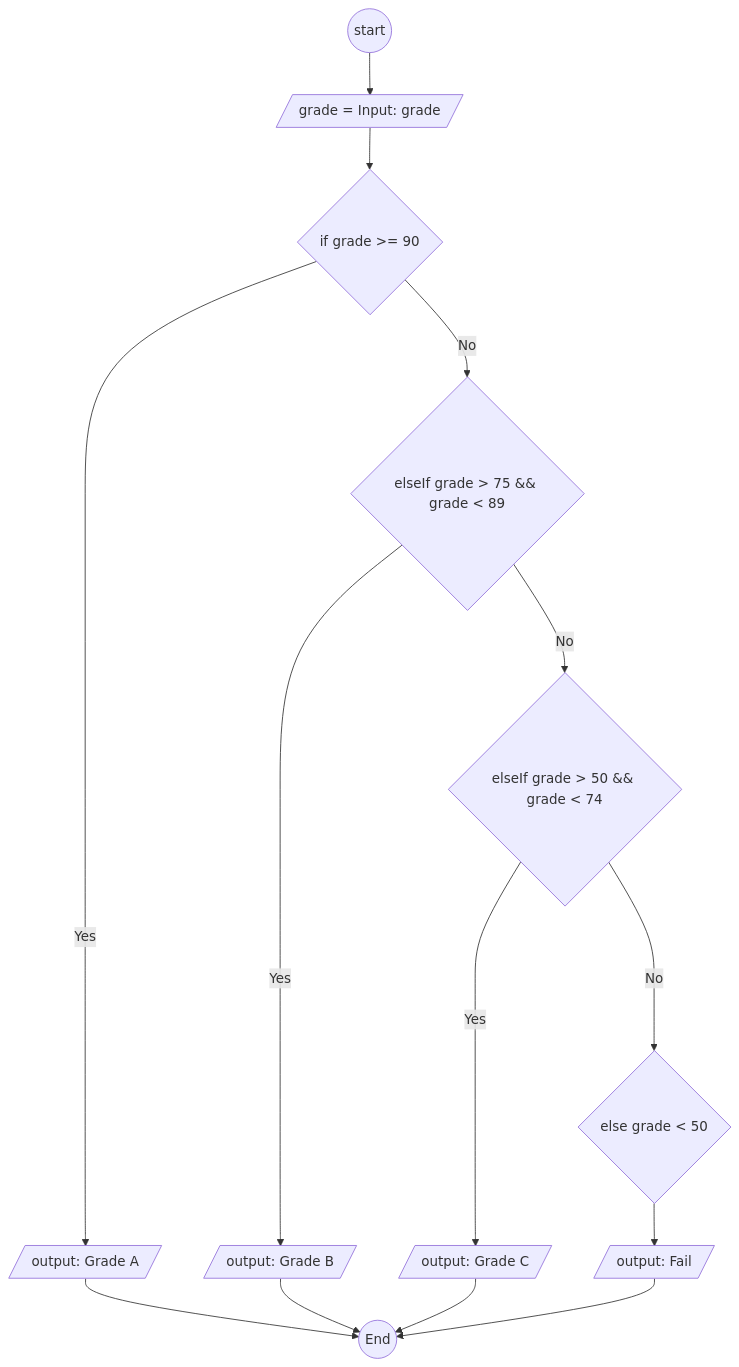
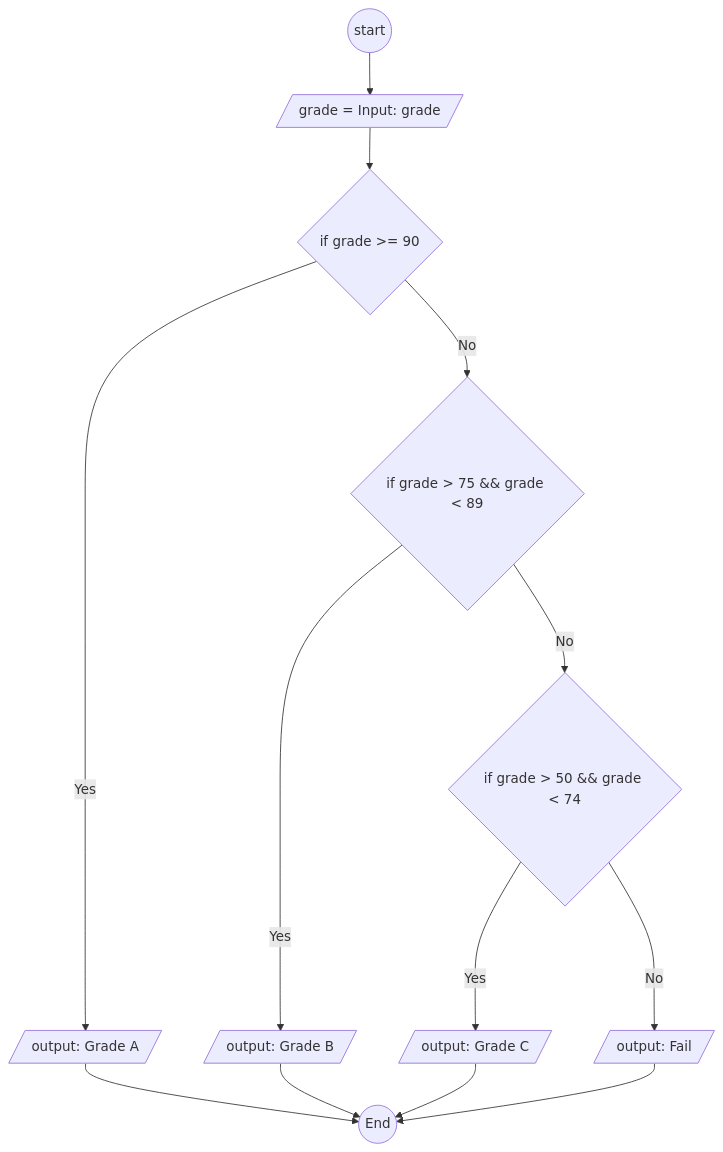
Before and after one commit to ihabau/Lexicon-lesson3-flowcharts: the diagram in Exercise2.md, drawn with Mermaid. The commit also changed 1 other file, not shown here.

Commit message:
last touches

````diff
--- a/Exercise2.md
+++ b/Exercise2.md
@@ -29,8 +29,8 @@
 ```mermaid
 graph TD
 A((start)) --> B[/grade = Input: grade/]
 B --> C{if grade >= 90} -- Yes ---> D[/output: Grade A/] --> K((End))
-C -- No --> E{elseIf grade > 75 && grade < 89} -- Yes --> F[/output: Grade B/] --> K((End))
-E -- No --> G{elseIf grade > 50 && grade < 74} -- Yes --> H[/output: Grade C/] --> K((End))
-G -- No ---> I{else grade < 50} --> J[/output: Fail/] --> K((End))
+C -- No --> E{ if grade > 75 && grade < 89} -- Yes --> F[/output: Grade B/] --> K((End))
+E -- No --> G{ if grade > 50 && grade < 74} -- Yes --> H[/output: Grade C/] --> K((End))
+G -- No ---> J[/output: Fail/] --> K((End))
 ```
````
